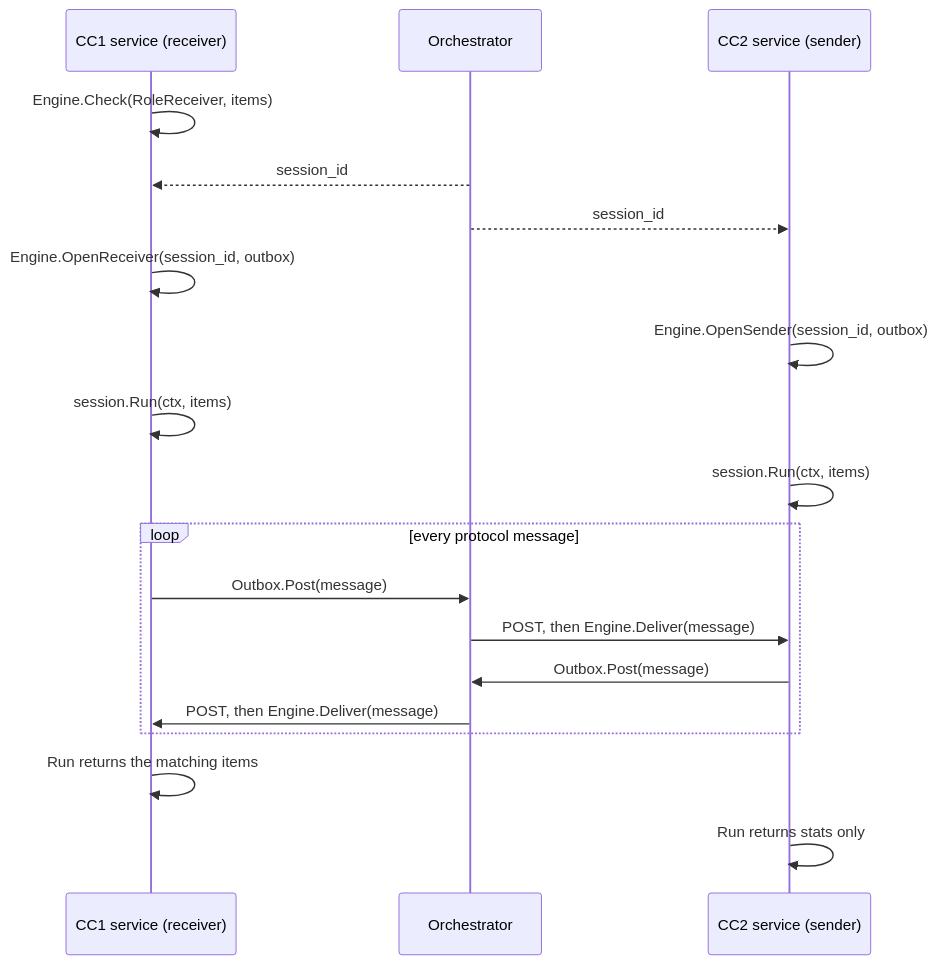
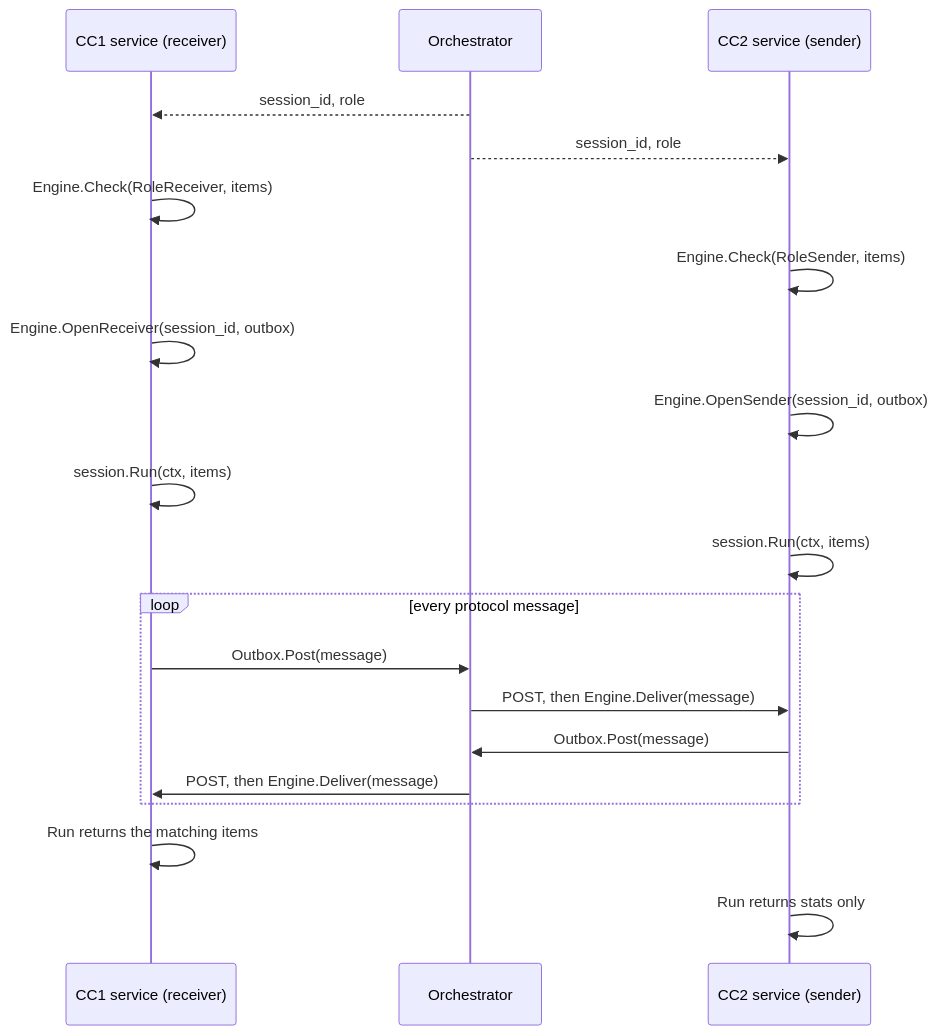
Before and after one commit to XSpring/minipsi-relay: the second of 2 diagrams in internal/psi/README.md, drawn with Mermaid. The commit also changed other lines of this file and 3 other files, not shown here.

````diff
--- a/internal/psi/README.md
+++ b/internal/psi/README.md
@@ -77,21 +77,22 @@
 ```mermaid
 sequenceDiagram
     participant R as CC1 service (receiver)
     participant O as Orchestrator
     participant S as CC2 service (sender)
+    O-->>R: session_id, role
+    O-->>S: session_id, role
     R->>R: Engine.Check(RoleReceiver, items)
-    O-->>R: session_id
-    O-->>S: session_id
+    S->>S: Engine.Check(RoleSender, items)
     R->>R: Engine.OpenReceiver(session_id, outbox)
     S->>S: Engine.OpenSender(session_id, outbox)
     R->>R: session.Run(ctx, items)
     S->>S: session.Run(ctx, items)
     loop every protocol message
         R->>O: Outbox.Post(message)
         O->>S: POST, then Engine.Deliver(message)
         S->>O: Outbox.Post(message)
         O->>R: POST, then Engine.Deliver(message)
     end
     R->>R: Run returns the matching items
     S->>S: Run returns stats only
 ```
````
